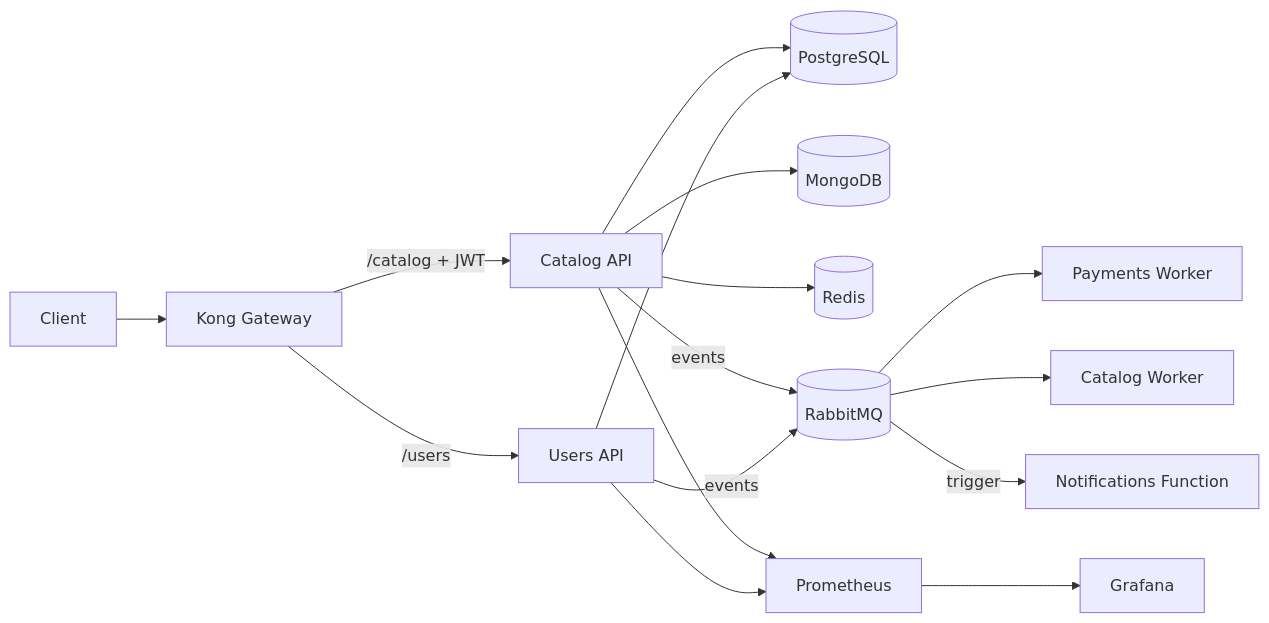
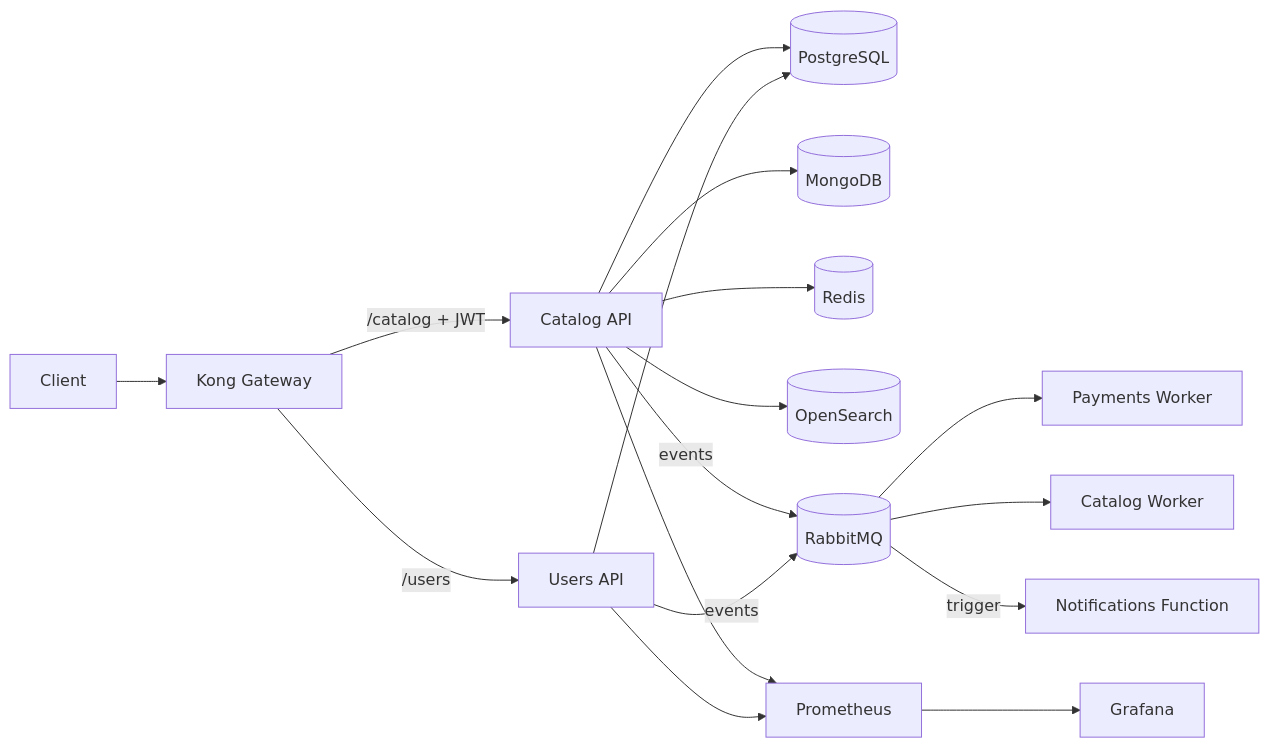
The diagram in README.md (GabrielNatan2001/FCG.Infra), drawn with Mermaid before and after one commit. The commit also changed other lines of this file and 4 other files, not shown here.

````diff
--- a/README.md
+++ b/README.md
@@ -28,18 +29,19 @@
 ```mermaid
 flowchart LR
   Client[Client] --> Kong[Kong Gateway]
   Kong -->|/users| Users[Users API]
   Kong -->|/catalog + JWT| Catalog[Catalog API]
   Users --> PG[(PostgreSQL)]
   Catalog --> PG
   Catalog --> Mongo[(MongoDB)]
   Catalog --> Redis[(Redis)]
+  Catalog --> OS[(OpenSearch)]
   Users -->|events| RMQ[(RabbitMQ)]
   Catalog -->|events| RMQ
   RMQ --> Payments[Payments Worker]
   RMQ --> CatalogW[Catalog Worker]
   RMQ -->|trigger| AzFunc[Notifications Function]
   Users --> Prom[Prometheus]
   Catalog --> Prom
   Prom --> Grafana[Grafana]
 ```
````
